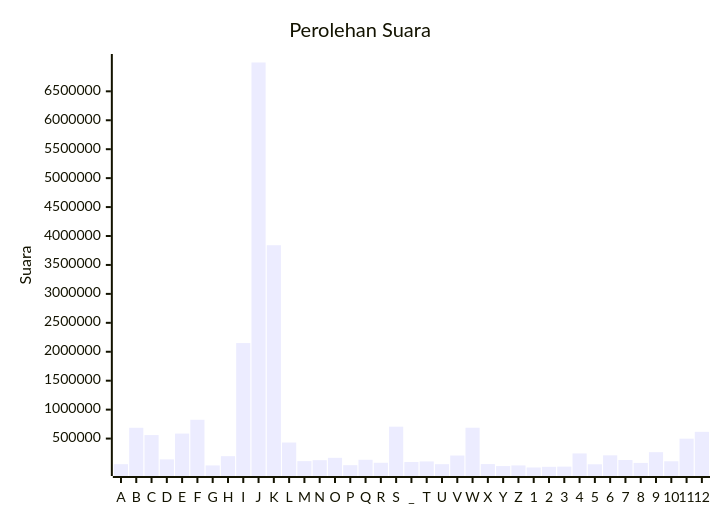
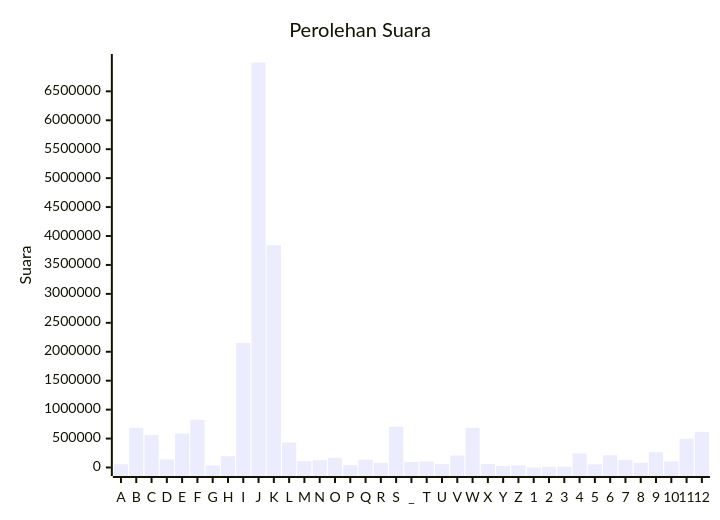
Before and after one commit to gigit-pemilu/pemilu-2024: the diagram in pilpres/hitung-suara/sub/table-paslon-3.md, drawn with Mermaid. The commit also changed other lines of this file and 42 other files, not shown here.

````diff
--- a/pilpres/hitung-suara/sub/table-paslon-3.md
+++ b/pilpres/hitung-suara/sub/table-paslon-3.md
@@ -7,7 +7,7 @@
 ```mermaid
 xychart-beta
     title "Perolehan Suara"
     x-axis [A, B, C, D, E, F, G, H, I, J, K, L, M, N, O, P, Q, R, S, _, T, U, V, W, X, Y, Z, 1, 2, 3, 4, 5, 6, 7, 8, 9, 10, 11, 12]
-    y-axis "Suara"
-    bar [57148, 686109, 560277, 140187, 585930, 824937, 35974, 195492, 2150429, 6998079, 3840728, 431961, 109947, 126801, 167301, 40653, 133313, 81829, 705725, 94703, 104881, 57893, 207011, 687475, 58858, 25072, 35723, 141, 11562, 15143, 243067, 55566, 210196, 128914, 79411, 264978, 107860, 498493, 616136]
+    y-axis "Suara" 0 --> 6998079
+    bar [57148, 686109, 560277, 140187, 585930, 824937, 35974, 195492, 2150429, 6998079, 3840728, 431961, 109947, 126801, 167301, 40653, 133313, 81829, 705725, 94703, 104881, 57893, 207011, 687475, 58858, 25072, 35723, 141, 11562, 15143, 243067, 55566, 210196, 128907, 79411, 264978, 107860, 498493, 616136]
 ```
````
